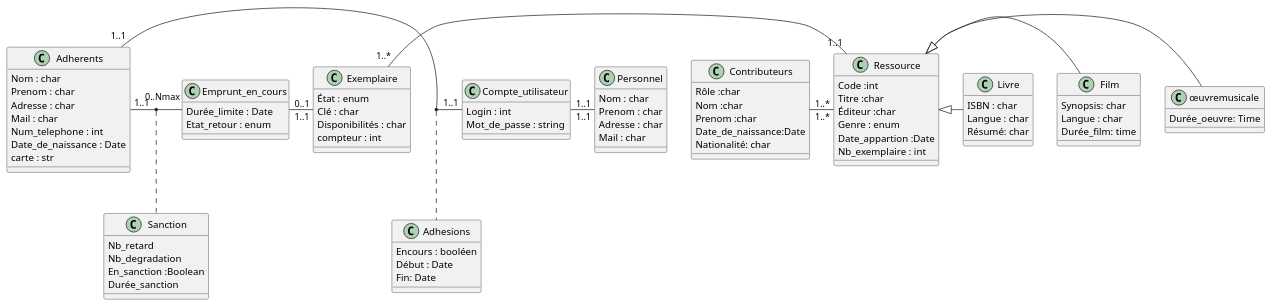
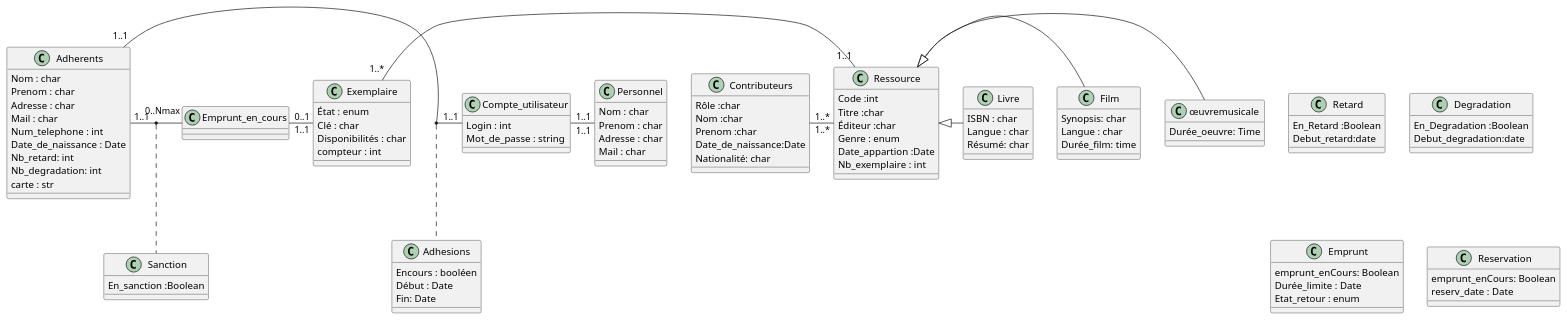
Before and after one commit to opoussin/ProjetBDD_Gestion_Bibliotheque: the diagram in Rendu1/UML.plantuml, drawn with PlantUML. The commit also changed 1 other file, not shown here.

Commit message:
Update Rendu2/MLD.md, Rendu1/UML.plantuml

```diff
--- a/Rendu1/UML.plantuml
+++ b/Rendu1/UML.plantuml
@@ -1,96 +1,112 @@
 @startuml
 class Adhesions {
 Encours : booléen 
 Début : Date
 Fin: Date
 }
 
 class Adherents{
 Nom : char
 Prenom : char 
 Adresse : char 
 Mail : char
 Num_telephone : int
 Date_de_naissance : Date
+Nb_retard: int
+Nb_degradation: int
 carte : str 
 }
 
 class Personnel{
 Nom : char
 Prenom : char 
 Adresse : char 
 Mail : char
 }
 
 class Exemplaire {
 État : enum
 Clé : char 
 Disponibilités : char 
 compteur : int 
 }
 
 Class Ressource { 
 Code :int 
 Titre :char
 Éditeur :char
 Genre : enum
 Date_appartion :Date
 Nb_exemplaire : int
 }
 
 class Livre {
 ISBN : char
 Langue : char 
 Résumé: char 
 }
 
 class Film {
 Synopsis: char
 Langue : char 
 Durée_film: time  
 }
 
 class œuvremusicale { 
 Durée_oeuvre: Time
 }
 
 Class Compte_utilisateur{
 Login : int
 Mot_de_passe : string
 }
 
 Class Sanction{
-Nb_retard
-Nb_degradation 
-En_sanction :Boolean 
-Durée_sanction 
+En_sanction :Boolean  
 }
 
-Class Emprunt_en_cours{
+Class Retard{
+En_Retard :Boolean 
+Debut_retard:date 
+}
+
+Class Degradation{
+En_Degradation :Boolean 
+Debut_degradation:date  
+}
+
+Class Emprunt{
+emprunt_enCours: Boolean
 Durée_limite : Date
 Etat_retour : enum
 }
+
+Class Reservation{
+emprunt_enCours: Boolean
+reserv_date : Date
+}
+
 
 Class Contributeurs{
 Rôle :char
 Nom :char
 Prenom :char
 Date_de_naissance:Date 
 Nationalité: char
 }
 
 Ressource <|- œuvremusicale
 Ressource <|- Film
 Ressource <|- Livre
 
 Adherents "1..1" - "1..1" Compte_utilisateur 
 (Adherents , Compte_utilisateur ) .. Adhesions
 
 Emprunt_en_cours "0..1" - "1..1" Exemplaire
 Contributeurs "1..*" - "1..*" Ressource
 Adherents "1..1" - "0..Nmax" Emprunt_en_cours 
 (Adherents , Emprunt_en_cours ) .. Sanction
 
 Compte_utilisateur "1..1" - "1..1" Personnel
 Exemplaire "1..*" - "1..1" Ressource
 @enduml
```
